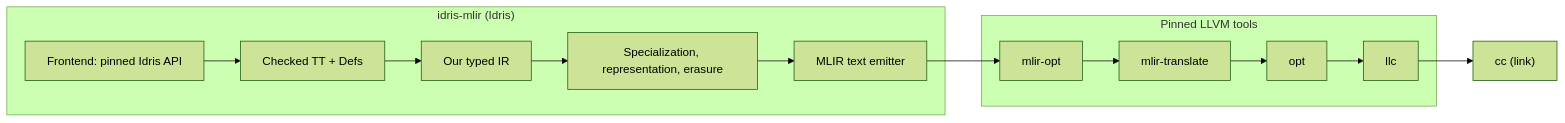
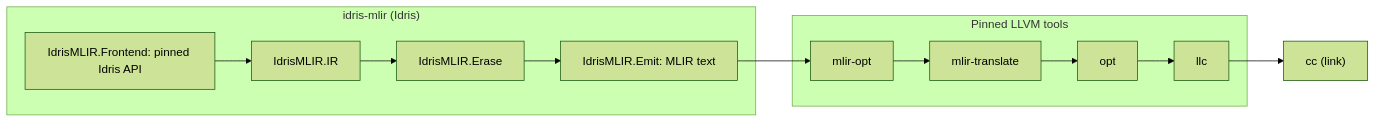
One commit to bjornpagen/idris-mlir changed the diagram in docs/architecture.md. Above: the diagram before and after it, drawn with Mermaid (forest theme). The commit also changed other lines of this file and 17 other files, not shown here.

First line of the commit message:
Compile first-order integer Idris code to MLIR text

````diff
--- a/docs/architecture.md
+++ b/docs/architecture.md
@@ -3,14 +3,13 @@
 ```mermaid
 flowchart LR
   subgraph Idris["idris-mlir (Idris)"]
-    Frontend["Frontend: pinned Idris API"] --> TT["Checked TT + Defs"]
-    TT --> IR["Our typed IR"]
-    IR --> Passes["Specialization, representation, erasure"]
-    Passes --> Emit["MLIR text emitter"]
+    Frontend["IdrisMLIR.Frontend: pinned Idris API"] --> IR["IdrisMLIR.IR"]
+    IR --> Erase["IdrisMLIR.Erase"]
+    Erase --> Emit["IdrisMLIR.Emit: MLIR text"]
   end
   subgraph Tools["Pinned LLVM tools"]
     Opt["mlir-opt"] --> Translate["mlir-translate"] --> LLVMOpt["opt"] --> Llc["llc"]
   end
   Emit --> Opt
   Llc --> Link["cc (link)"]
 ```
````
